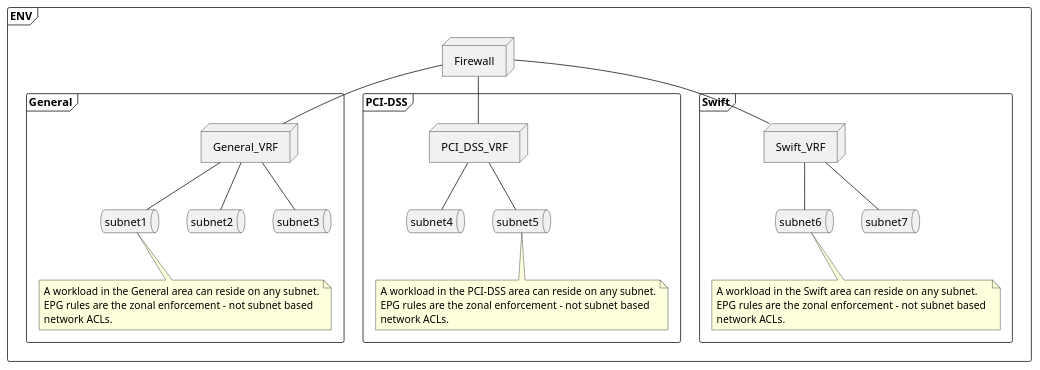
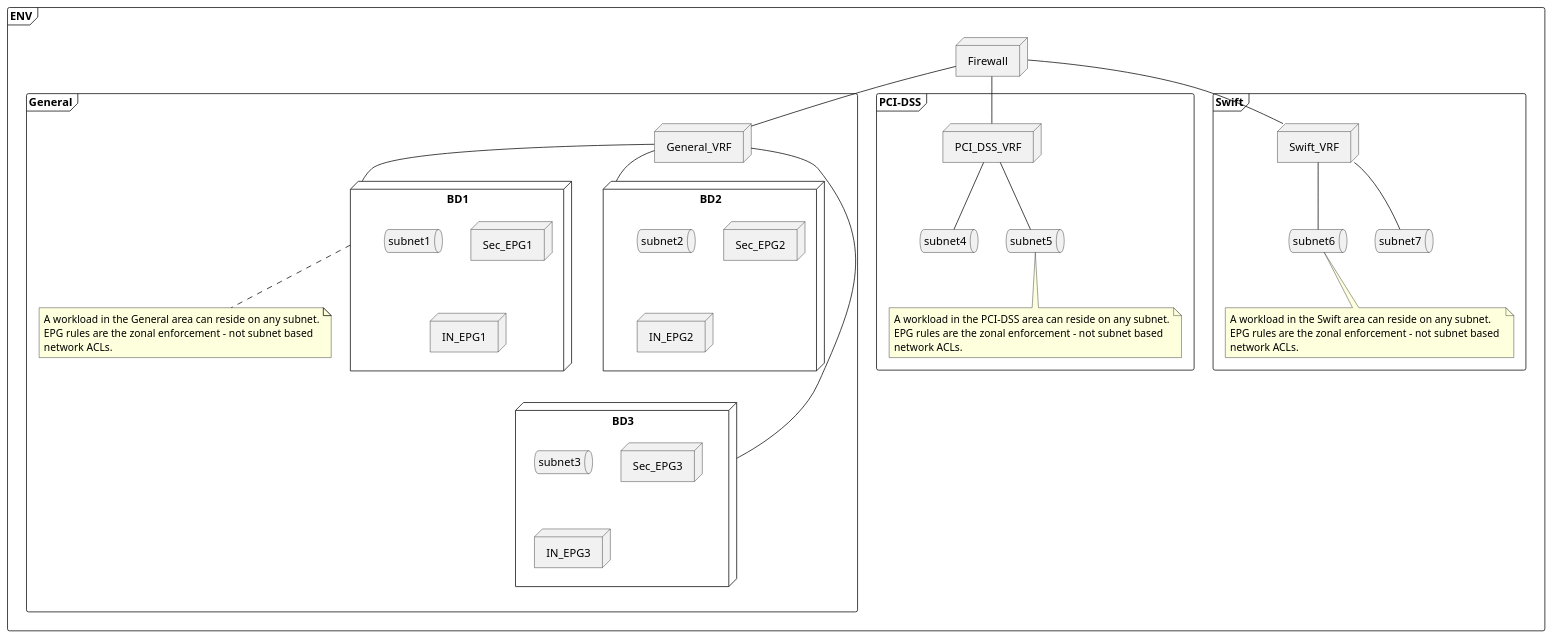
The diagram in Network/netsegandl3.puml (wshedd01-kiwibank/Architecture), drawn with PlantUML before and after one commit.

```diff
--- a/Network/netsegandl3.puml
+++ b/Network/netsegandl3.puml
@@ -1,50 +1,63 @@
 @startuml
 frame ENV {
     frame General {
-    queue subnet1
-    queue subnet2
-    queue subnet3
+    node BD1 {
+        queue subnet1
+        node Sec_EPG1
+        node IN_EPG1
+    }
+    node BD2 {
+        queue subnet2
+        node Sec_EPG2
+        node IN_EPG2
+    }
+    node BD3{
+        queue subnet3
+        node Sec_EPG3
+        node IN_EPG3
+    }
+    
     node General_VRF
-    note bottom of subnet1
+    note bottom of BD1
         A workload in the General area can reside on any subnet.
         EPG rules are the zonal enforcement - not subnet based 
         network ACLs.
     end note
-    General_VRF -do- subnet1
-    General_VRF -do- subnet2
-    General_VRF -do- subnet3
+    General_VRF -do- BD1
+    General_VRF -do- BD2
+    General_VRF -do- BD3
     }
 
     frame PCI-DSS {
     queue subnet4
     queue subnet5
     node PCI_DSS_VRF
     note bottom of subnet5
         A workload in the PCI-DSS area can reside on any subnet.
         EPG rules are the zonal enforcement - not subnet based 
         network ACLs.
     end note
     PCI_DSS_VRF -do- subnet4
     PCI_DSS_VRF -do- subnet5
     }
 
     frame Swift {
     queue subnet6
     queue subnet7
     node Swift_VRF
     note bottom of subnet6
         A workload in the Swift area can reside on any subnet.
         EPG rules are the zonal enforcement - not subnet based 
         network ACLs.
     end note
     Swift_VRF -do- subnet6
     Swift_VRF -do- subnet7
     }
     node Firewall
 }
 
 Firewall -do- General_VRF
 Firewall -do- PCI_DSS_VRF
 Firewall -do- Swift_VRF
 
 @enduml
```
